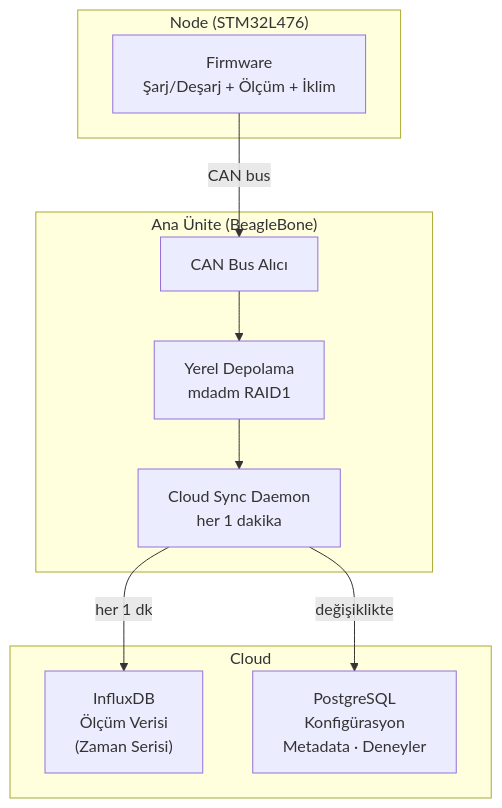
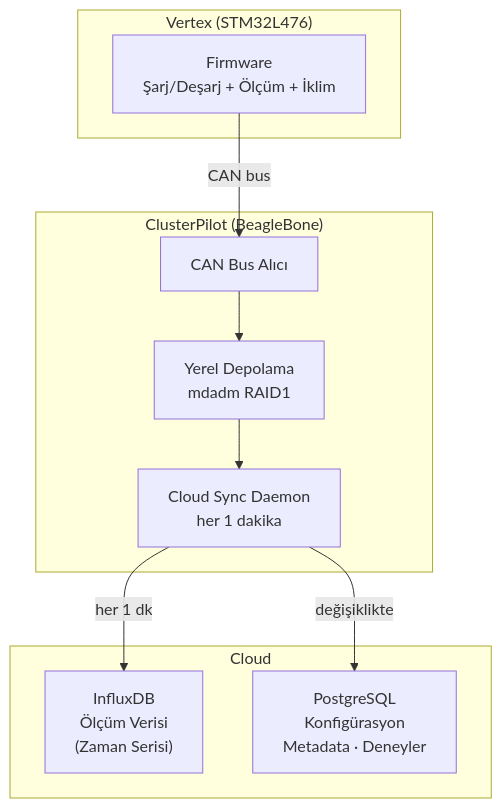
One commit to mkadayifci/tronloop-defteri-kebir changed the diagram in docs/03-software/architecture.md. Above: the diagram before and after it, drawn with Mermaid. The commit also changed other lines of this file and 21 other files, not shown here.

````diff
--- a/docs/03-software/architecture.md
+++ b/docs/03-software/architecture.md
@@ -9,23 +21,23 @@
 ```mermaid
 flowchart TD
-    subgraph NODE["Node (STM32L476)"]
+    subgraph NODE["Vertex (STM32L476)"]
         FW["Firmware<br/>Şarj/Deşarj + Ölçüm + İklim"]
     end
 
-    subgraph ANA["Ana Ünite (BeagleBone)"]
+    subgraph ANA["ClusterPilot (BeagleBone)"]
         CAN["CAN Bus Alıcı"]
         LOCAL["Yerel Depolama<br/>mdadm RAID1"]
         SYNC["Cloud Sync Daemon<br/>her 1 dakika"]
     end
 
     subgraph CLOUD["Cloud"]
         INFLUX["InfluxDB<br/>Ölçüm Verisi<br/>(Zaman Serisi)"]
         PG["PostgreSQL<br/>Konfigürasyon<br/>Metadata · Deneyler"]
     end
 
     FW -->|CAN bus| CAN
     CAN --> LOCAL
     LOCAL --> SYNC
     SYNC -->|"her 1 dk"| INFLUX
     SYNC -->|"değişiklikte"| PG
 ```
````
